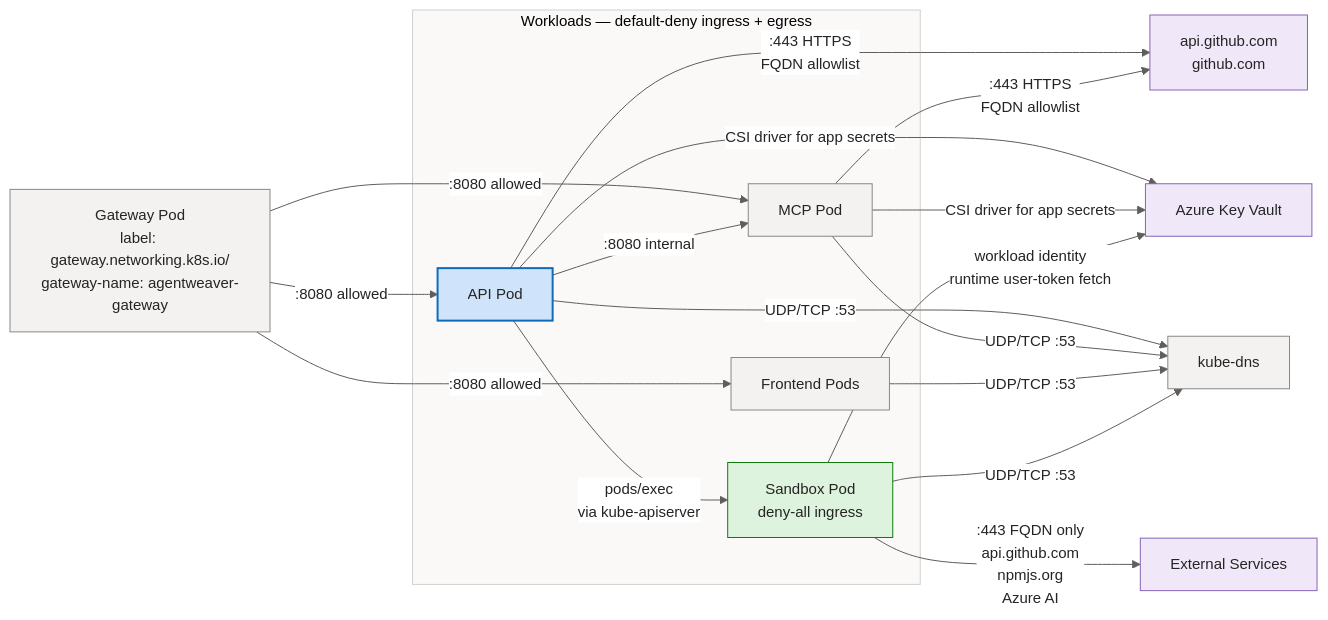
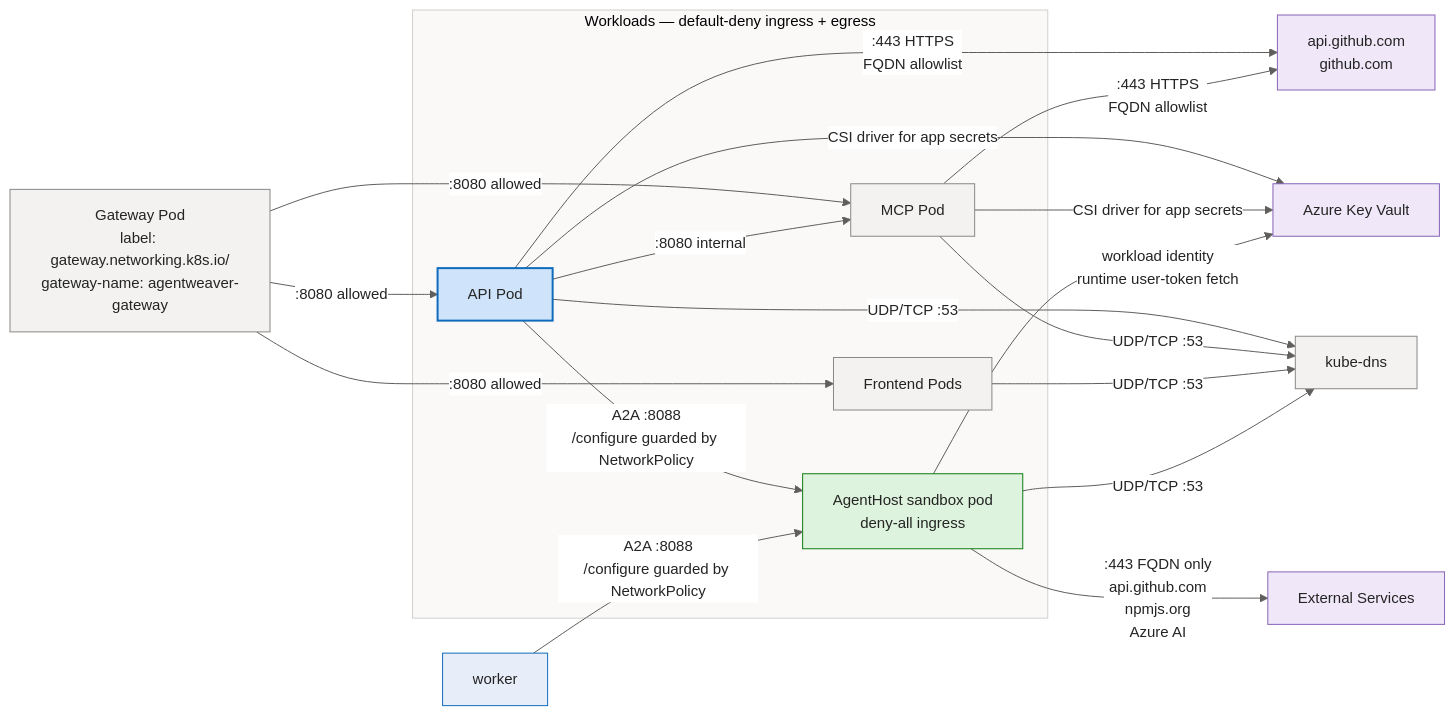
The fifth of 6 diagrams in docs/architecture-aks.md (sabbour/agentweaver), drawn with Mermaid before and after one commit. The commit also changed other lines of this file and 19 other files, not shown here.

````diff
--- a/docs/architecture-aks.md
+++ b/docs/architecture-aks.md
@@ -197,40 +198,40 @@
 ```mermaid
 %%{init: {'theme':'base','themeVariables':{'fontFamily':'Segoe UI, system-ui, -apple-system, sans-serif','fontSize':'15px','primaryColor':'#E8EEF9','primaryBorderColor':'#0F6CBD','primaryTextColor':'#242424','lineColor':'#605E5C','clusterBkg':'#FAF9F8','clusterBorder':'#D2D0CE','edgeLabelBackground':'#FFFFFF'}}}%%
 flowchart LR
     GW["Gateway Pod<br/>label: gateway.networking.k8s.io/<br/>gateway-name: agentweaver-gateway"]
 
     subgraph workloads["Workloads — default-deny ingress + egress"]
         API["API Pod"]
         MCP["MCP Pod"]
         FE["Frontend Pods"]
-        SB["Sandbox Pod<br/>deny-all ingress"]
+        SB["AgentHost sandbox pod<br/>deny-all ingress"]
     end
 
     GW -->|":8080 allowed"| API
     GW -->|":8080 allowed"| MCP
     GW -->|":8080 allowed"| FE
 
     API -->|":8080 internal"| MCP
-    API -->|"pods/exec<br/>via kube-apiserver"| SB
+    API & worker -->|"A2A :8088<br/>/configure guarded by NetworkPolicy"| SB
 
     API & MCP -->|":443 HTTPS<br/>FQDN allowlist"| GH["api.github.com<br/>github.com"]
     API & MCP -->|"CSI driver for app secrets"| KV["Azure Key Vault"]
     SB -->|"workload identity<br/>runtime user-token fetch"| KV
     API & MCP & FE -->|"UDP/TCP :53"| DNS["kube-dns"]
 
     SB -->|":443 FQDN only<br/>api.github.com<br/>npmjs.org<br/>Azure AI"| EXT["External Services"]
     SB -->|"UDP/TCP :53"| DNS
 
     classDef client fill:#E8EEF9,stroke:#0F6CBD,stroke-width:1px,color:#242424;
     classDef svc fill:#F3F2F1,stroke:#8A8886,stroke-width:1px,color:#242424;
     classDef core fill:#CFE4FA,stroke:#0F6CBD,stroke-width:2px,color:#242424;
     classDef data fill:#FFF4CE,stroke:#C19C00,stroke-width:1px,color:#242424;
     classDef ext fill:#F0E8F8,stroke:#8764B8,stroke-width:1px,color:#242424;
     classDef runtime fill:#DDF3DD,stroke:#107C10,stroke-width:1px,color:#242424;
     classDef evt fill:#D6F0F0,stroke:#038387,stroke-width:1px,color:#242424;
 
     class GW,MCP,FE,DNS svc;
     class API core;
     class SB runtime;
     class GH,KV,EXT ext;
 ```
````
